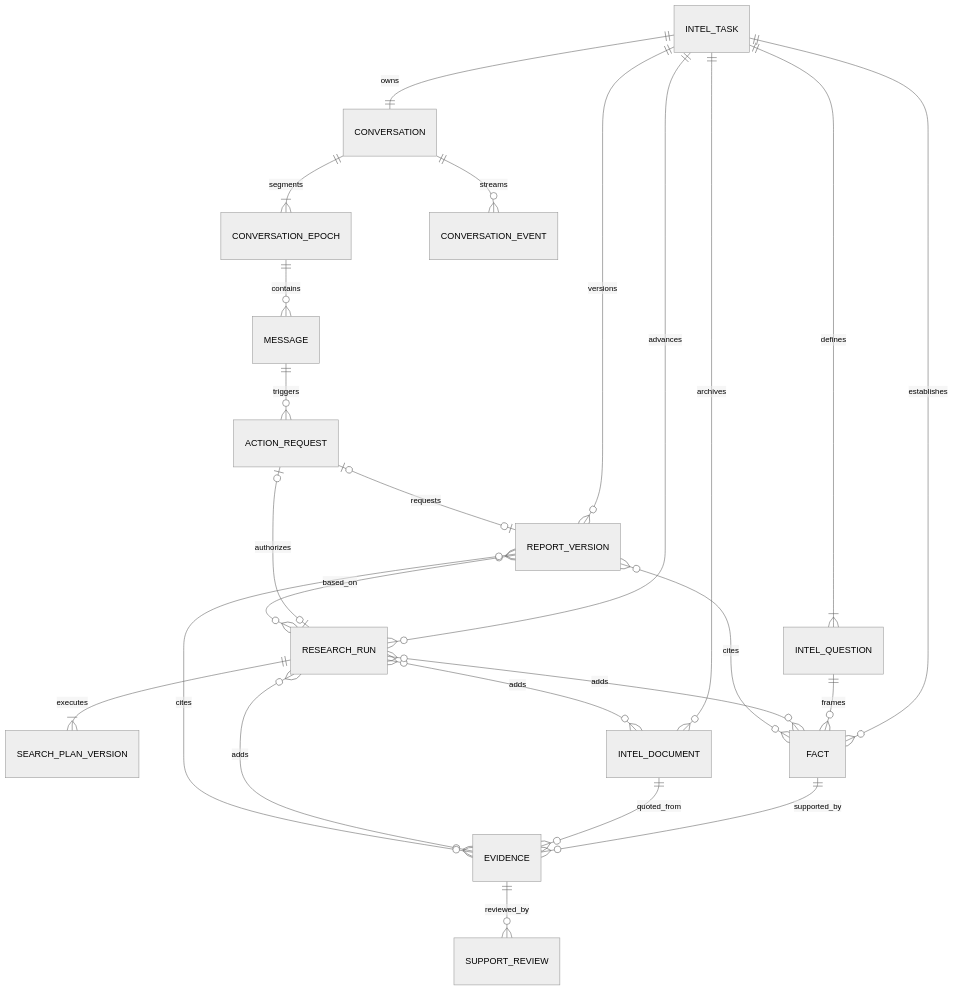
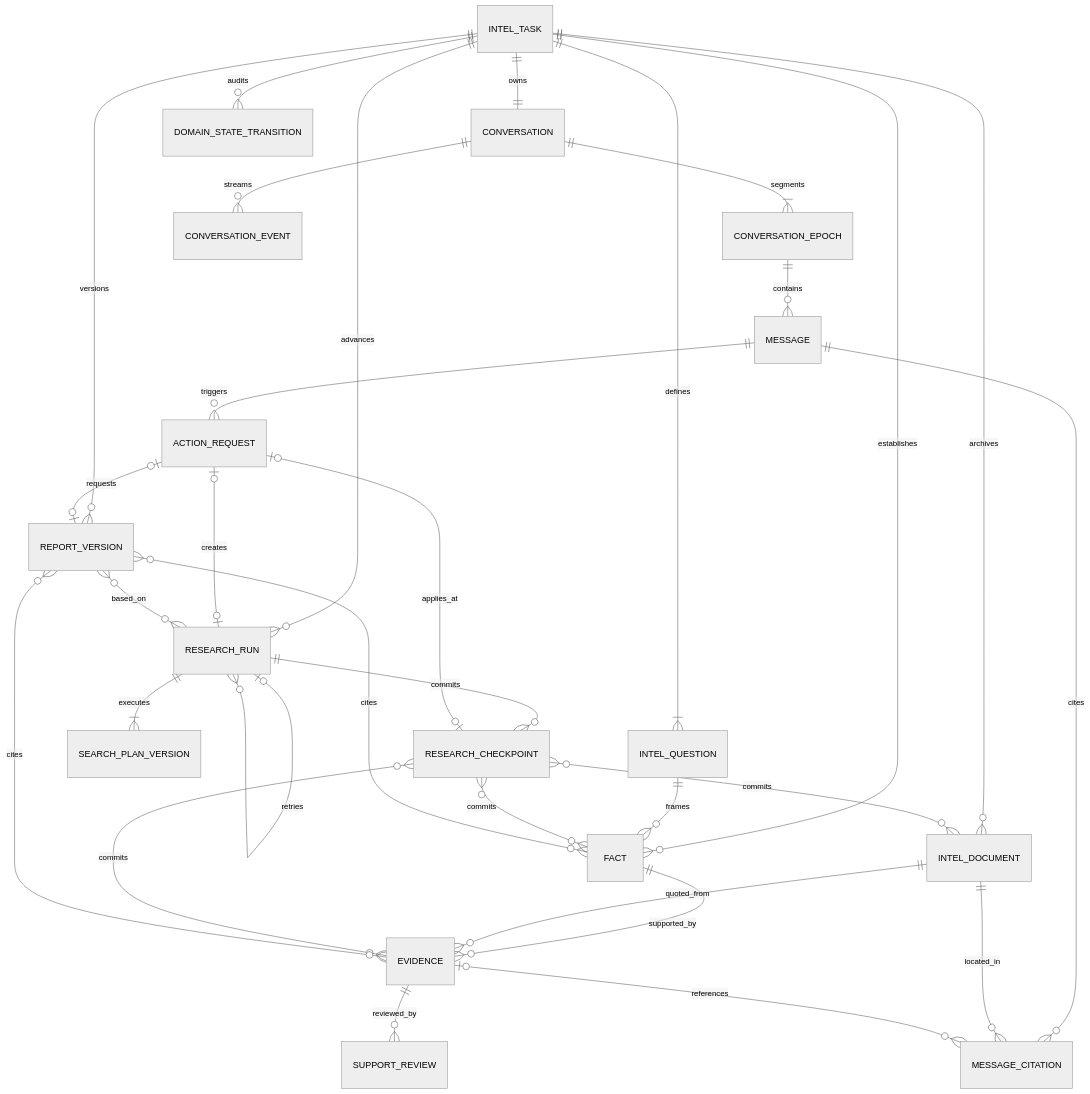
One commit to Knight-Jo/collection-agent changed the second of 11 diagrams in docs/architecture/conversational-research-task-architecture.md. Above: the diagram before and after it, drawn with Mermaid (neutral theme). The commit also changed other lines of this file and 1 other file, not shown here.

Commit message:
docs: refine conversational research architecture

````diff
--- a/docs/architecture/conversational-research-task-architecture.md
+++ b/docs/architecture/conversational-research-task-architecture.md
@@ -141,30 +143,37 @@
 ```mermaid
 erDiagram
     INTEL_TASK ||--|{ INTEL_QUESTION : defines
     INTEL_TASK ||--|| CONVERSATION : owns
     CONVERSATION ||--|{ CONVERSATION_EPOCH : segments
     CONVERSATION_EPOCH ||--o{ MESSAGE : contains
     MESSAGE ||--o{ ACTION_REQUEST : triggers
+    MESSAGE ||--o{ MESSAGE_CITATION : cites
 
     INTEL_TASK ||--o{ RESEARCH_RUN : advances
-    ACTION_REQUEST o|--o| RESEARCH_RUN : authorizes
+    RESEARCH_RUN o|--o{ RESEARCH_RUN : retries
+    ACTION_REQUEST o|--o| RESEARCH_RUN : creates
     RESEARCH_RUN ||--|{ SEARCH_PLAN_VERSION : executes
+    RESEARCH_RUN ||--o{ RESEARCH_CHECKPOINT : commits
+    ACTION_REQUEST o|--o| RESEARCH_CHECKPOINT : applies_at
 
     INTEL_TASK ||--o{ INTEL_DOCUMENT : archives
     INTEL_TASK ||--o{ FACT : establishes
     INTEL_QUESTION ||--o{ FACT : frames
     FACT ||--o{ EVIDENCE : supported_by
     INTEL_DOCUMENT ||--o{ EVIDENCE : quoted_from
     EVIDENCE ||--o{ SUPPORT_REVIEW : reviewed_by
-    RESEARCH_RUN }o--o{ INTEL_DOCUMENT : adds
-    RESEARCH_RUN }o--o{ FACT : adds
-    RESEARCH_RUN }o--o{ EVIDENCE : adds
+    RESEARCH_CHECKPOINT }o--o{ INTEL_DOCUMENT : commits
+    RESEARCH_CHECKPOINT }o--o{ FACT : commits
+    RESEARCH_CHECKPOINT }o--o{ EVIDENCE : commits
+    INTEL_DOCUMENT ||--o{ MESSAGE_CITATION : located_in
+    EVIDENCE o|--o{ MESSAGE_CITATION : references
+    INTEL_TASK ||--o{ DOMAIN_STATE_TRANSITION : audits
 
     INTEL_TASK ||--o{ REPORT_VERSION : versions
     REPORT_VERSION }o--o{ RESEARCH_RUN : based_on
     REPORT_VERSION }o--o{ FACT : cites
     REPORT_VERSION }o--o{ EVIDENCE : cites
     ACTION_REQUEST o|--o| REPORT_VERSION : requests
 
     CONVERSATION ||--o{ CONVERSATION_EVENT : streams
 ```
````
